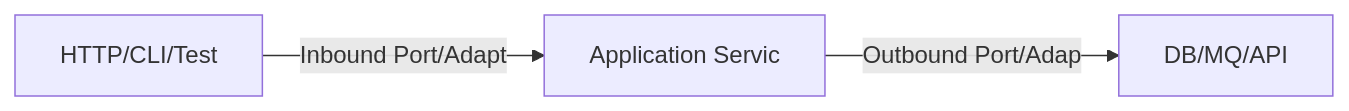
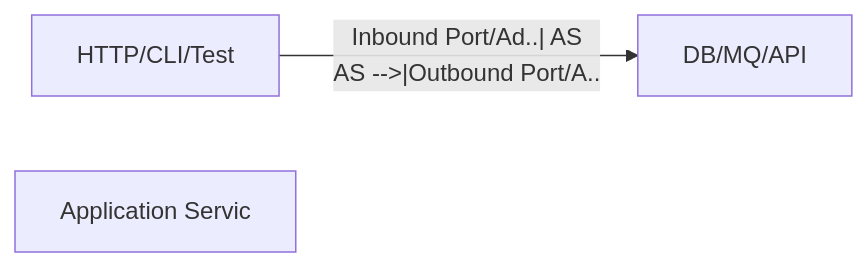
Before and after one commit to yjkim2015/yjkim2015.github.io: the first of 4 diagrams in _posts/architecture/2026-05-01-hexagonal.md, drawn with Mermaid. The commit also changed other lines of this file and 149 other files, not shown here.

First line of the commit message:
Mermaid 가독성 개선: 라벨 축약, 노드 축소, TD→LR 변환

````diff
--- a/_posts/architecture/2026-05-01-hexagonal.md
+++ b/_posts/architecture/2026-05-01-hexagonal.md
@@ -60,8 +60,8 @@
 ```mermaid
 graph LR
     HTTP["HTTP/CLI/Test"]
     AS["Application Servic"]
     DB["DB/MQ/API"]
-    HTTP -->|"Inbound Port/Adapt"| AS
-    AS -->|"Outbound Port/Adap"| DB
+    HTTP -->|"Inbound Port/Ad..| AS
+    AS -->|"Outbound Port/A..| DB
 ```
````
